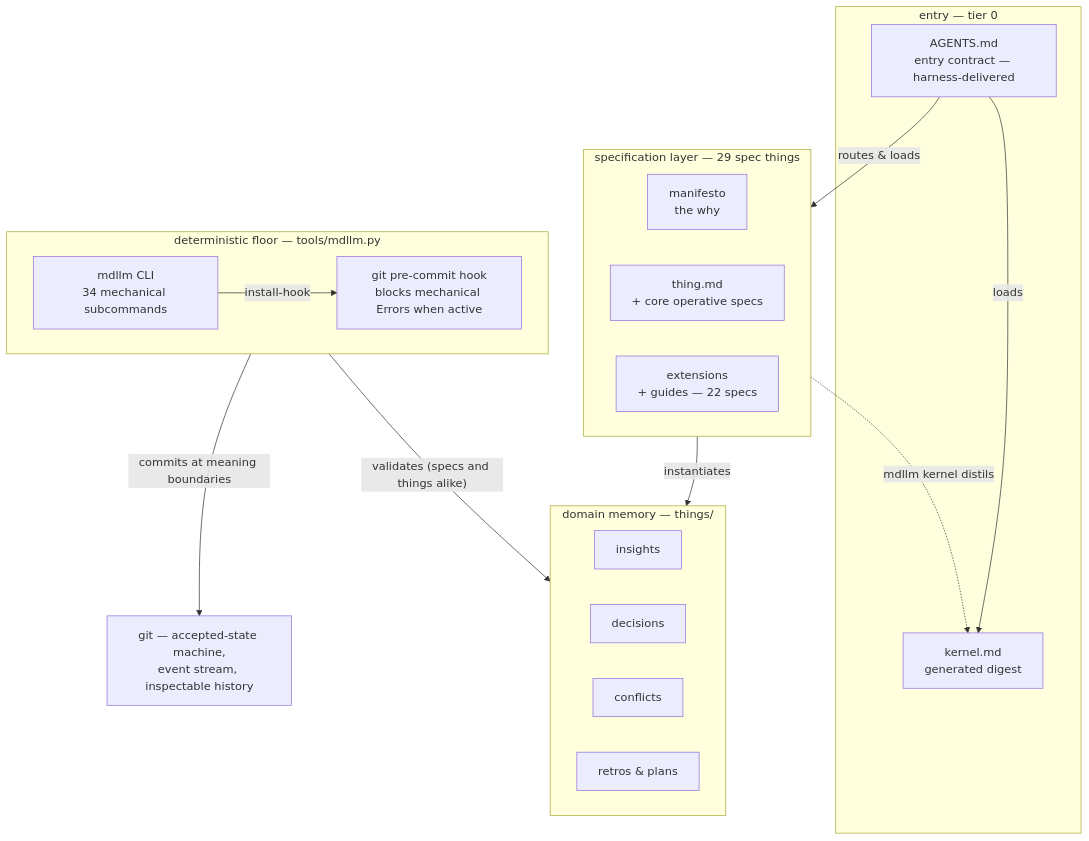
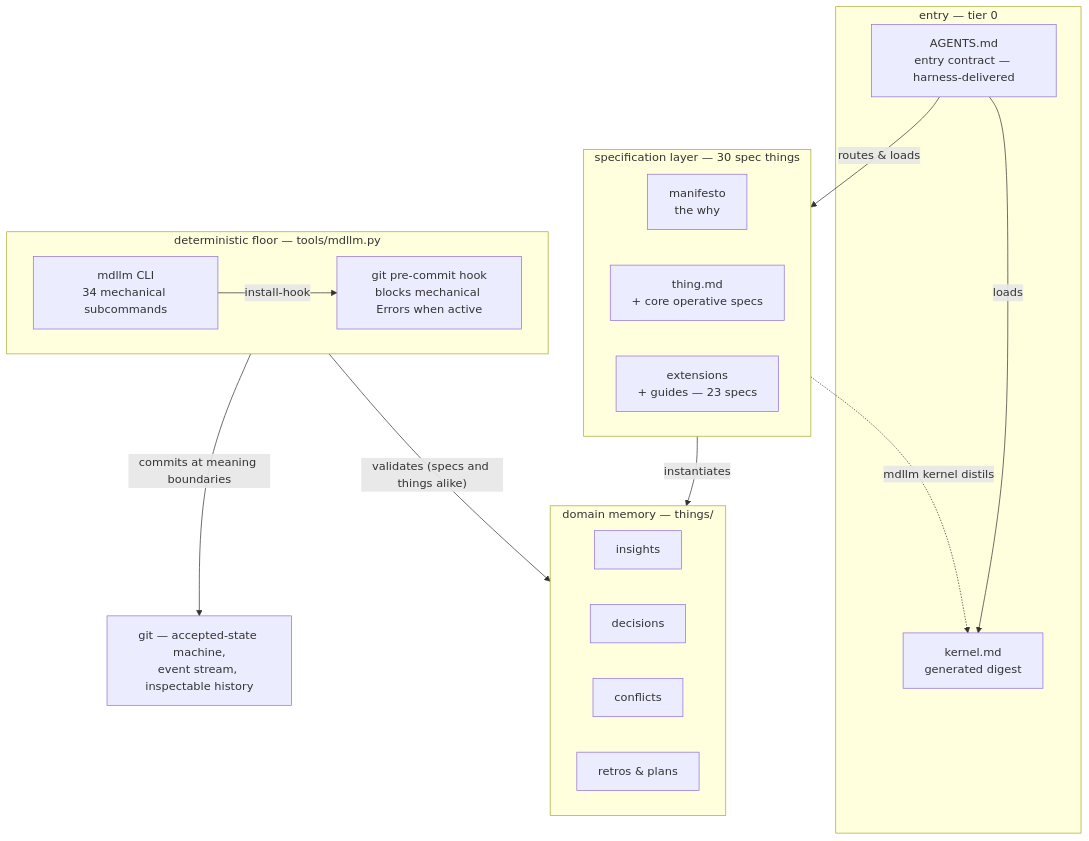
Before and after one commit to JanoshMoshiri/MarkdownLLM: the first of 5 diagrams in docs/framework-map.md, drawn with Mermaid. The commit also changed other lines of this file and 9 other files, not shown here.

````diff
--- a/docs/framework-map.md
+++ b/docs/framework-map.md
@@ -54,49 +54,49 @@
 ```mermaid
 flowchart TD
     accTitle: View 1 - the five bands of the framework, read top-down as a session's life
     accDescr {
         Five stacked bands. The entry band, tier 0, holds AGENTS.md as the
         harness-delivered entry contract and kernel.md as a generated digest. Below
-        it the specification layer holds 29 spec things: the manifesto for the
-        why, thing.md with the core operative specs, and 22 extension and guide
+        it the specification layer holds 30 spec things: the manifesto for the
+        why, thing.md with the core operative specs, and 23 extension and guide
         specs. Below that, domain memory in the things directory holds insights,
         decisions, conflicts, retrospectives and plans. Below that, the
         deterministic floor is tools/mdllm.py, providing the mdllm CLI with 34
         mechanical subcommands and a git pre-commit hook that, when current and
         runnable, blocks commits with mechanical Errors. At the base, git is
         the accepted-state machine, event stream and inspectable audit aid.
         The edges run as follows. AGENTS.md loads the kernel and routes
         to the specs. The specs distil back up into the kernel via mdllm
         kernel, which is why that one edge points upward. The specs instantiate
         domain memory. The CLI installs the hook. The floor validates memory,
         specs and things alike, and commits at meaning boundaries into git.
     }
     subgraph entry ["entry — tier 0"]
         AGENTS["AGENTS.md<br/>entry contract — harness-delivered"]
         KERNEL["kernel.md<br/>generated digest"]
     end
-    subgraph specs ["specification layer — 29 spec things"]
+    subgraph specs ["specification layer — 30 spec things"]
         MANIFESTO["manifesto<br/>the why"]
         THING["thing.md<br/>+ core operative specs"]
-        EXT["extensions<br/>+ guides — 22 specs"]
+        EXT["extensions<br/>+ guides — 23 specs"]
     end
     subgraph memory ["domain memory — things/"]
         INSIGHTS["insights"]
         DECISIONS["decisions"]
         CONFLICTS["conflicts"]
         RETROS["retros & plans"]
     end
     subgraph floor ["deterministic floor — tools/mdllm.py"]
         MDLLM["mdllm CLI<br/>34 mechanical subcommands"]
         HOOK["git pre-commit hook<br/>blocks mechanical Errors when active"]
     end
     GIT["git — accepted-state machine,<br/>event stream, inspectable history"]
 
     AGENTS -->|loads| KERNEL
     AGENTS -->|routes & loads| specs
     specs -.->|"mdllm kernel distils"| KERNEL
     specs -->|instantiates| memory
     MDLLM -->|install-hook| HOOK
     floor -->|"validates (specs and things alike)"| memory
     floor -->|commits at meaning boundaries| GIT
 ```
````
